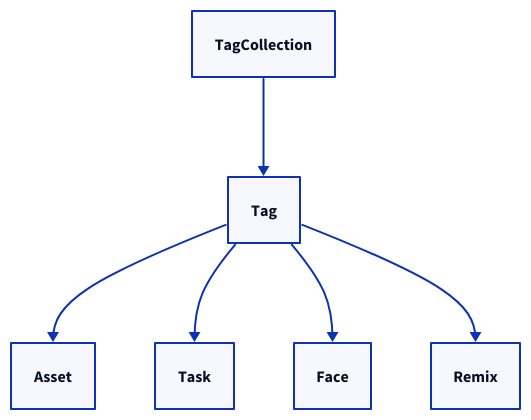
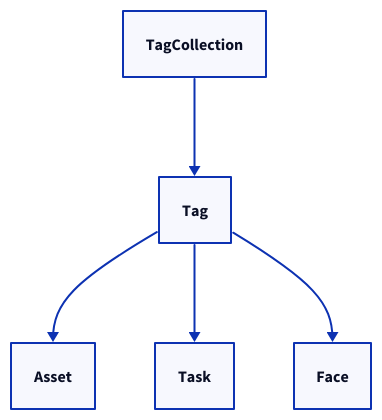
Before and after one commit to metaloom/loom: the diagram in design/Domain/Tagging.md, drawn with D2. The commit also changed 64 other files, not shown here.

````diff
--- a/design/Domain/Tagging.md
+++ b/design/Domain/Tagging.md
@@ -3,8 +3,7 @@
 ```d2 layout=elk theme=200
 Tag -> Asset
 Tag -> Task
 Tag -> Face
-Tag -> Remix
 
 TagCollection -> Tag
 ```
````
